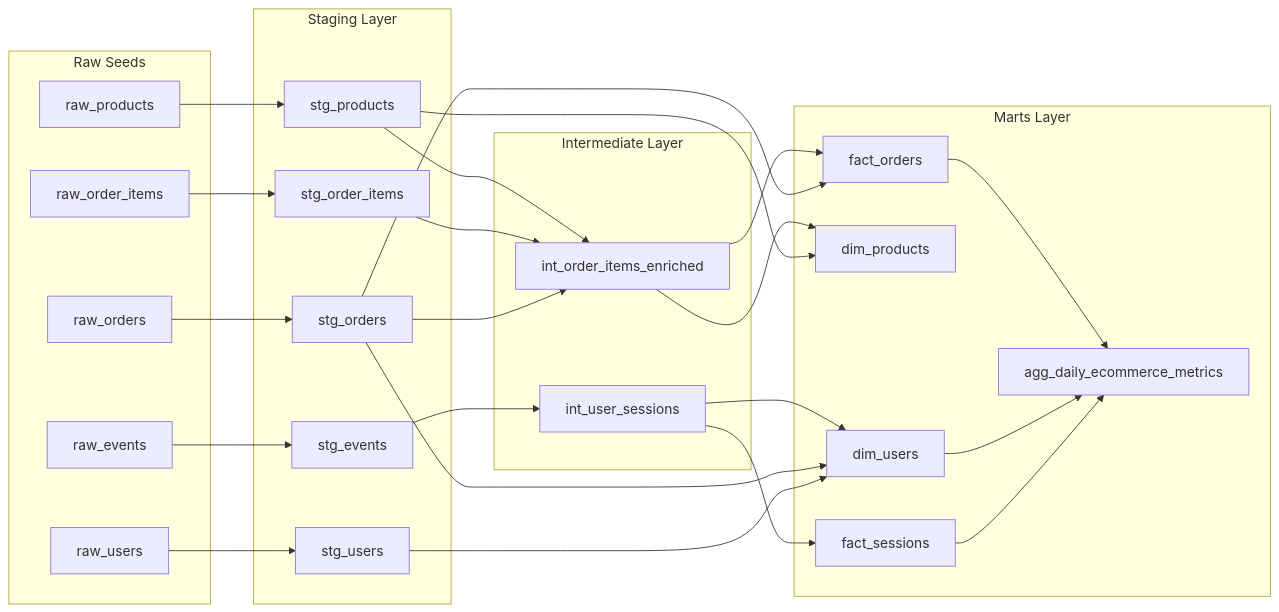
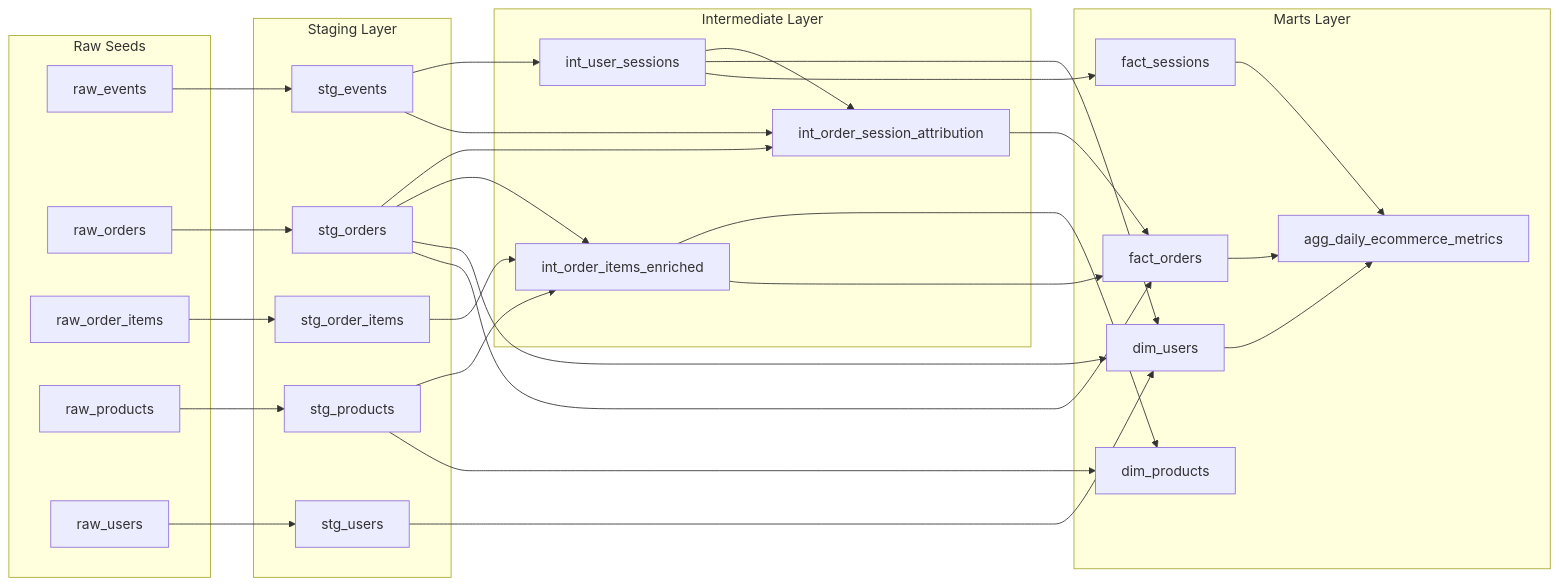
Before and after one commit to Leeli911/DBT_data_product: the diagram in docs/assets/dbt_lineage_graph.mmd, drawn with Mermaid. The commit also changed 24 other files, not shown here.

```diff
--- a/docs/assets/dbt_lineage_graph.mmd
+++ b/docs/assets/dbt_lineage_graph.mmd
@@ -1,56 +1,62 @@
 flowchart LR
     subgraph raw["Raw Seeds"]
         raw_events["raw_events"]
         raw_orders["raw_orders"]
         raw_order_items["raw_order_items"]
         raw_products["raw_products"]
         raw_users["raw_users"]
     end
 
     subgraph staging["Staging Layer"]
         stg_events["stg_events"]
         stg_orders["stg_orders"]
         stg_order_items["stg_order_items"]
         stg_products["stg_products"]
         stg_users["stg_users"]
     end
 
     subgraph intermediate["Intermediate Layer"]
         int_user_sessions["int_user_sessions"]
         int_order_items_enriched["int_order_items_enriched"]
+        int_order_session_attribution["int_order_session_attribution"]
     end
 
     subgraph marts["Marts Layer"]
         dim_users["dim_users"]
         dim_products["dim_products"]
         fact_orders["fact_orders"]
         fact_sessions["fact_sessions"]
         agg_daily_ecommerce_metrics["agg_daily_ecommerce_metrics"]
     end
 
     raw_events --> stg_events
     raw_orders --> stg_orders
     raw_order_items --> stg_order_items
     raw_products --> stg_products
     raw_users --> stg_users
 
     stg_events --> int_user_sessions
+    stg_events --> int_order_session_attribution
+    stg_orders --> int_order_session_attribution
+    int_user_sessions --> int_order_session_attribution
+
     stg_orders --> int_order_items_enriched
     stg_order_items --> int_order_items_enriched
     stg_products --> int_order_items_enriched
 
     stg_users --> dim_users
     stg_orders --> dim_users
     int_user_sessions --> dim_users
 
     stg_products --> dim_products
     int_order_items_enriched --> dim_products
 
     stg_orders --> fact_orders
     int_order_items_enriched --> fact_orders
+    int_order_session_attribution --> fact_orders
 
     int_user_sessions --> fact_sessions
 
     fact_sessions --> agg_daily_ecommerce_metrics
     dim_users --> agg_daily_ecommerce_metrics
     fact_orders --> agg_daily_ecommerce_metrics
```
